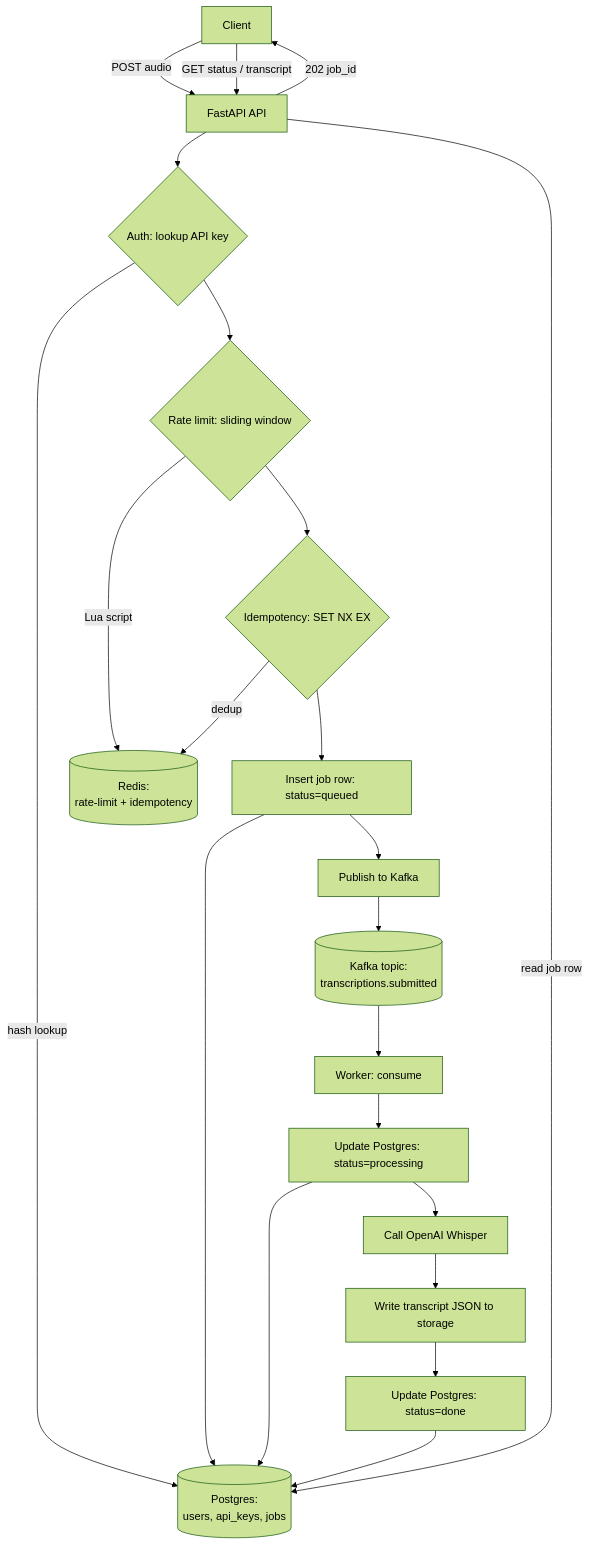
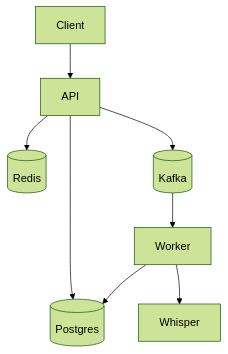
Before and after one commit to AliSheheryar/transcription-api: the diagram in README.md, drawn with Mermaid (forest theme).

Commit message:
README: simplify architecture diagram to core blocks only

````diff
--- a/README.md
+++ b/README.md
@@ -7,42 +7,18 @@
 ```mermaid
 flowchart TD
     Client[Client]
-    API[FastAPI API]
-    Auth{Auth: lookup API key}
-    Rate{Rate limit: sliding window}
-    Idem{Idempotency: SET NX EX}
-    InsertJob[Insert job row: status=queued]
-    Publish[Publish to Kafka]
-    Kafka[(Kafka topic:<br/>transcriptions.submitted)]
-    Worker[Worker: consume]
-    SetProcessing[Update Postgres: status=processing]
-    Whisper[Call OpenAI Whisper]
-    WriteResult[Write transcript JSON to storage]
-    SetDone[Update Postgres: status=done]
-    Postgres[(Postgres:<br/>users, api_keys, jobs)]
-    Redis[(Redis:<br/>rate-limit + idempotency)]
+    API[API]
+    Postgres[(Postgres)]
+    Redis[(Redis)]
+    Kafka[(Kafka)]
+    Worker[Worker]
+    Whisper[Whisper]
 
-    Client -->|POST audio| API
-    API --> Auth
-    Auth -->|hash lookup| Postgres
-    Auth --> Rate
-    Rate -->|Lua script| Redis
-    Rate --> Idem
-    Idem -->|dedup| Redis
-    Idem --> InsertJob
-    InsertJob --> Postgres
-    InsertJob --> Publish
-    Publish --> Kafka
-    API -->|202 job_id| Client
-
+    Client --> API
+    API --> Postgres
+    API --> Redis
+    API --> Kafka
     Kafka --> Worker
-    Worker --> SetProcessing
-    SetProcessing --> Postgres
-    SetProcessing --> Whisper
-    Whisper --> WriteResult
-    WriteResult --> SetDone
-    SetDone --> Postgres
-
-    Client -->|GET status / transcript| API
-    API -->|read job row| Postgres
+    Worker --> Whisper
+    Worker --> Postgres
 ```
````
